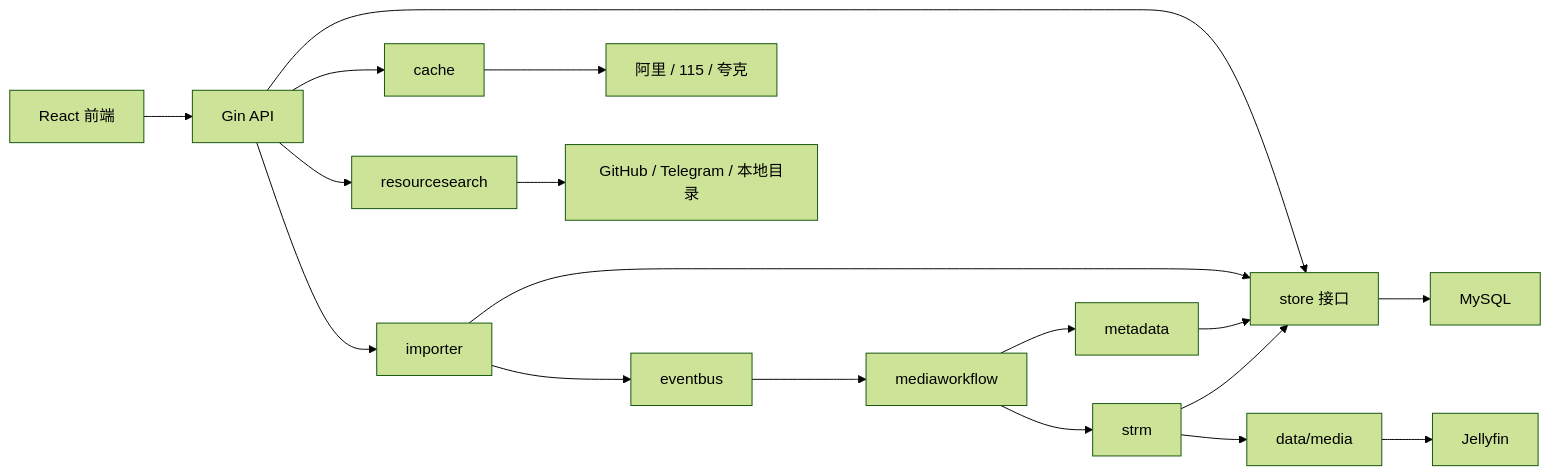
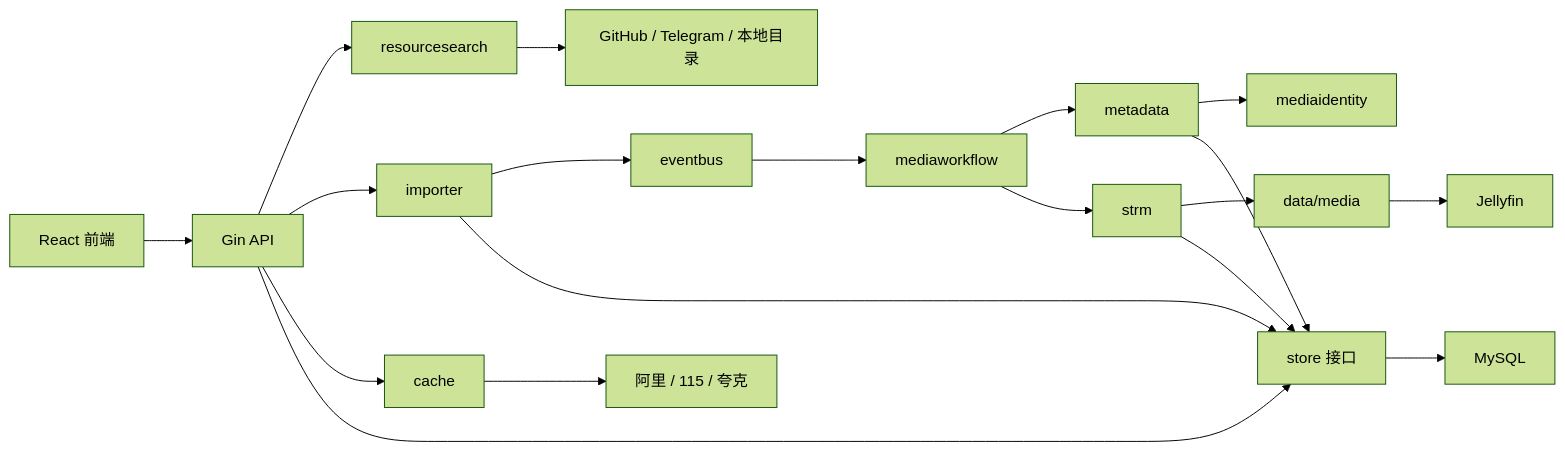
The diagram in docs/architecture.md (hongguang1994/ivideo), drawn with Mermaid (forest theme) before and after one commit. The commit also changed other lines of this file and 13 other files, not shown here.

````diff
--- a/docs/architecture.md
+++ b/docs/architecture.md
@@ -7,20 +7,21 @@
 ```mermaid
 flowchart LR
     UI["React 前端"] --> API["Gin API"]
     API --> Discovery["resourcesearch"]
     API --> Importer["importer"]
     API --> Cache["cache"]
     Importer --> Events["eventbus"]
     Events --> Workflow["mediaworkflow"]
     Workflow --> Metadata["metadata"]
+    Metadata --> Identity["mediaidentity"]
     Workflow --> Publisher["strm"]
     Publisher --> MediaDir["data/media"]
     MediaDir --> Jellyfin["Jellyfin"]
     Cache --> Drives["阿里 / 115 / 夸克"]
     Discovery --> PublicSources["GitHub / Telegram / 本地目录"]
     API --> Store["store 接口"]
     Importer --> Store
     Metadata --> Store
     Publisher --> Store
     Store --> MySQL["MySQL"]
 ```
````
